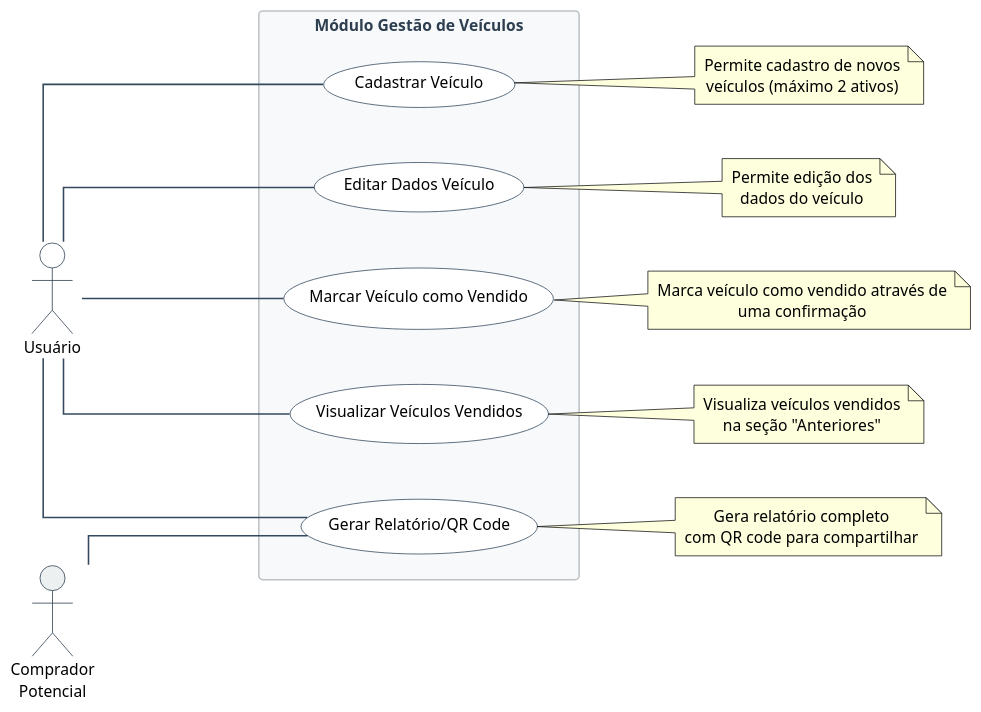
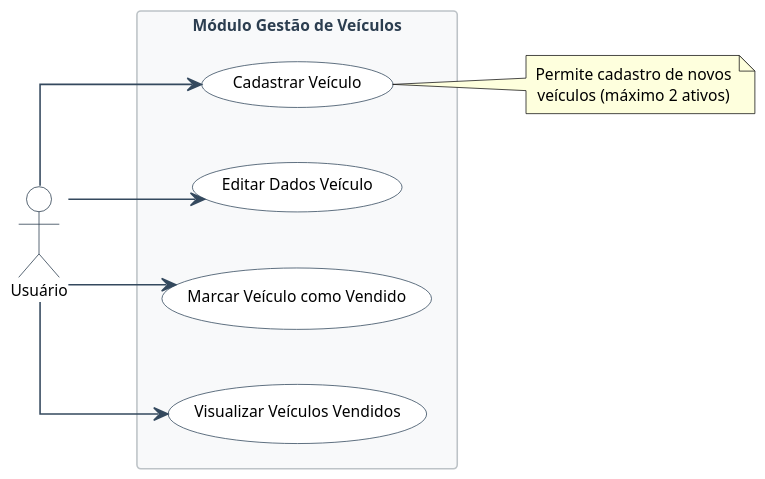
Before and after one commit to Pellegr1n1/autologger-services: the diagram in docs/use_case_diagram/vehicle_module.puml, drawn with PlantUML. The commit also changed 9 other files, not shown here.

Commit message:
use case diagram fix

```diff
--- a/docs/use_case_diagram/vehicle_module.puml
+++ b/docs/use_case_diagram/vehicle_module.puml
@@ -1,51 +1,43 @@
 @startuml vehicle_module
 left to right direction
 skinparam {
     usecaseFontSize 12
     usecaseFontName "Segoe UI"
     usecaseBackgroundColor #FFFFFF
     usecaseBorderColor #34495E
     actorBackgroundColor #FFFFFF
     actorBorderColor #2C3E50
     actorFontName "Segoe UI"
     actorFontSize 12
     arrowColor #34495E
     rectangleBackgroundColor #F8F9FA
     rectangleBorderColor #BDC3C7
     rectangleFontColor #2C3E50
     rectangleFontName "Segoe UI"
     rectangleFontSize 13
     defaultTextAlignment center
     wrapWidth 200
     dpi 150
     shadowing false
     linetype ortho
     defaultFontName "Segoe UI"
     defaultFontSize 10
 }
 
 actor "Usuário" as User #FFFFFF
-actor "Comprador\nPotencial" as Buyer #ECF0F1
 
 rectangle "Módulo Gestão de Veículos" #F8F9FA {
     (Cadastrar Veículo) as UC04
     (Editar Dados Veículo) as UC17
     (Marcar Veículo como Vendido) as UC18
     (Visualizar Veículos Vendidos) as UC20
-    (Gerar Relatório/QR Code) as UC19
 }
 
-User --- UC04
-User --- UC17
-User --- UC18
-User --- UC20
-User --- UC19
-Buyer --- UC19
+User --> UC04
+User --> UC17
+User --> UC18
+User --> UC20
 
 note right of UC04 : Permite cadastro de novos\nveículos (máximo 2 ativos)
-note right of UC17 : Permite edição dos\ndados do veículo
-note right of UC18 : Marca veículo como vendido através de uma confirmação
-note right of UC20 : Visualiza veículos vendidos\nna seção "Anteriores"
-note right of UC19 : Gera relatório completo\ncom QR code para compartilhar
 
 @enduml
```
